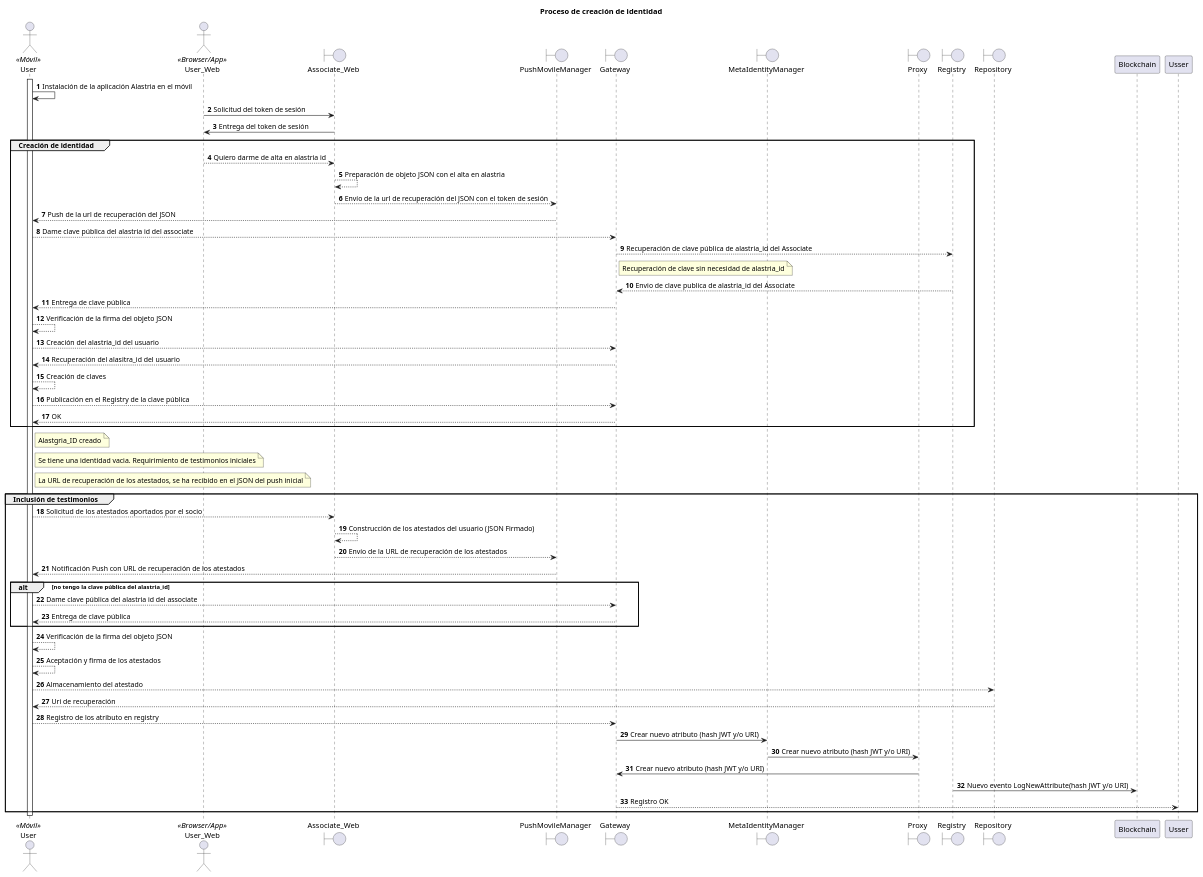
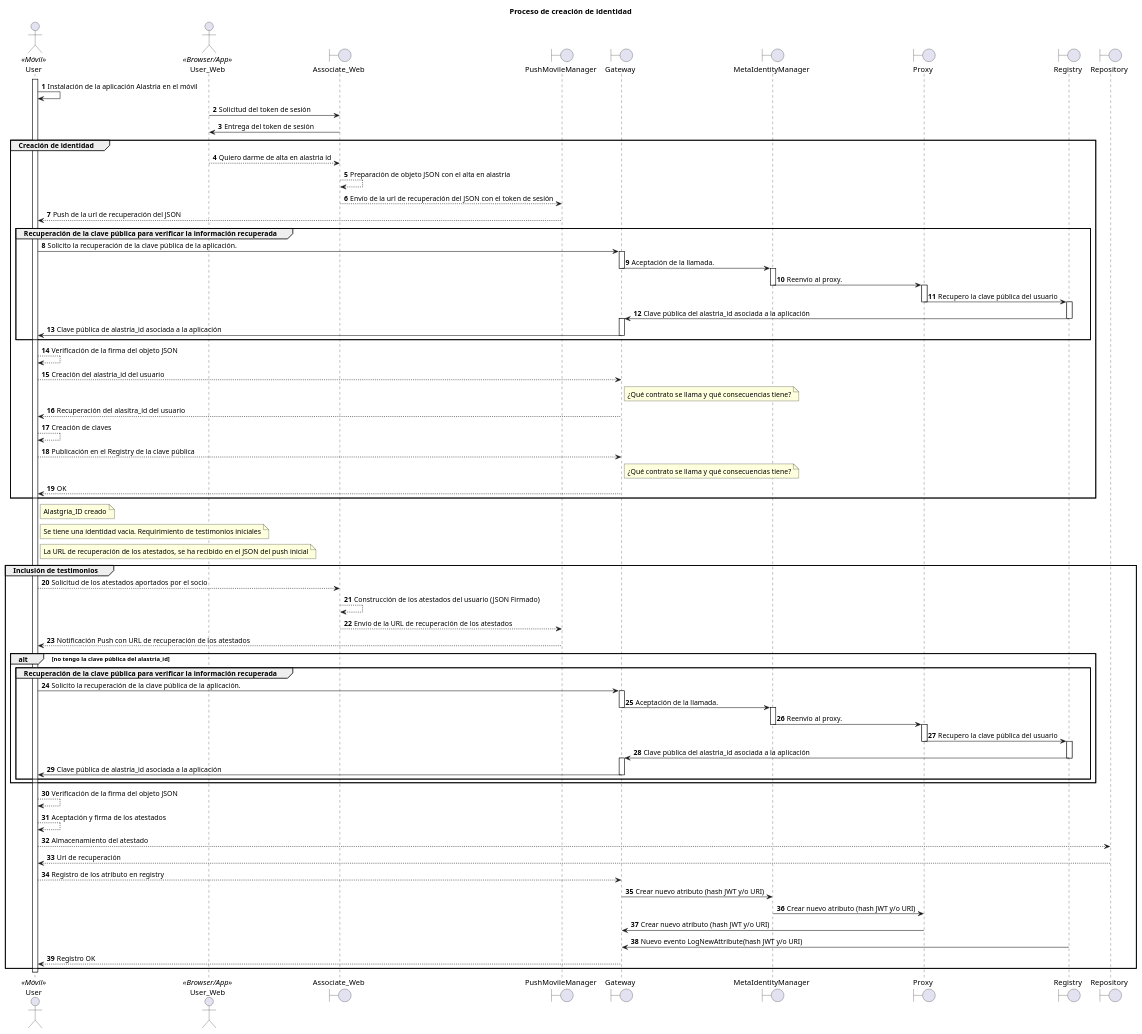
Before and after one commit to alastria/alastria-identity: the diagram in diagrams/creación.puml, drawn with PlantUML.

Commit message:
Revisión del diagrama de creación.

```diff
--- a/diagrams/creación.puml
+++ b/diagrams/creación.puml
@@ -1,68 +1,101 @@
 @startuml
 actor User <<Móvil>>
 actor User_Web <<Browser/App>>
 boundary Associate_Web
 boundary  PushMovileManager
 boundary Gateway
 boundary MetaIdentityManager
 boundary Proxy
 boundary Registry
 
 boundary Repository
 autonumber
 title
     Proceso de creación de identidad
 end title
 activate User
 User->User: Instalación de la aplicación Alastria en el móvil
 
 User_Web->Associate_Web: Solicitud del token de sesión
 Associate_Web->User_Web: Entrega del token de sesión
 
 group Creación de identidad
 User_Web-->Associate_Web: Quiero darme de alta en alastria id
 Associate_Web --> Associate_Web: Preparación de objeto JSON con el alta en alastria
 Associate_Web --> PushMovileManager: Envío de la url de recuperación del JSON con el token de sesión
 PushMovileManager --> User: Push de la url de recuperación del JSON
-User --> Gateway : Dame clave pública del alastria id del associate
-Gateway --> Registry: Recuperación de clave pública de alastria_id del Associate
-note right Gateway: Recuperación de clave sin necesidad de alastria_id
-Registry --> Gateway: Envio de clave publica de alastria_id del Associate
-Gateway --> User: Entrega de clave pública
+
+group Recuperación de la clave pública para verificar la información recuperada
+    User->Gateway: Solicito la recuperación de la clave pública de la aplicación.
+    activate Gateway
+    Gateway->MetaIdentityManager: Aceptación de la llamada.
+    deactivate Gateway
+    activate MetaIdentityManager
+    MetaIdentityManager->Proxy: Reenvío al proxy.
+    deactivate MetaIdentityManager
+    activate Proxy
+    Proxy->Registry: Recupero la clave pública del usuario
+    deactivate Proxy
+    activate Registry
+    Registry->Gateway: Clave pública del alastria_id asociada a la aplicación 
+    deactivate Registry
+    activate Gateway
+    Gateway->User: Clave pública de alastria_id asociada a la aplicación
+    deactivate Gateway
+end
+
 User --> User: Verificación de la firma del objeto JSON
 User --> Gateway: Creación del alastria_id del usuario
+note right Gateway: ¿Qué contrato se llama y qué consecuencias tiene?
 Gateway --> User: Recuperación del alasitra_id del usuario
 User --> User: Creación de claves
 User --> Gateway: Publicación en el Registry de la clave pública
+note right Gateway: ¿Qué contrato se llama y qué consecuencias tiene?
 Gateway --> User: OK
 end
 
 note right User: Alastgria_ID creado
 note right User: Se tiene una identidad vacia. Requirimiento de testimonios iniciales
 note right User: La URL de recuperación de los atestados, se ha recibido en el JSON del push inicial
 
 group Inclusión de testimonios
 User --> Associate_Web: Solicitud de los atestados aportados por el socio
 Associate_Web --> Associate_Web: Construcción de los atestados del usuario (JSON Firmado)
 Associate_Web --> PushMovileManager: Envío de la URL de recuperación de los atestados
 PushMovileManager --> User: Notificación Push con URL de recuperación de los atestados
 alt no tengo la clave pública del alastria_id
-  User --> Gateway : Dame clave pública del alastria id del associate
-  Gateway --> User: Entrega de clave pública
+  group Recuperación de la clave pública para verificar la información recuperada
+    User->Gateway: Solicito la recuperación de la clave pública de la aplicación.
+    activate Gateway
+    Gateway->MetaIdentityManager: Aceptación de la llamada.
+    deactivate Gateway
+    activate MetaIdentityManager
+    MetaIdentityManager->Proxy: Reenvío al proxy.
+    deactivate MetaIdentityManager
+    activate Proxy
+    Proxy->Registry: Recupero la clave pública del usuario
+    deactivate Proxy
+    activate Registry
+    Registry->Gateway: Clave pública del alastria_id asociada a la aplicación 
+    deactivate Registry
+    activate Gateway
+    Gateway->User: Clave pública de alastria_id asociada a la aplicación
+    deactivate Gateway
+  end
 end
 User --> User: Verificación de la firma del objeto JSON
 User --> User: Aceptación y firma de los atestados
 
 User --> Repository: Almacenamiento del atestado
 Repository --> User: Uri de recuperación
 
 User --> Gateway: Registro de los atributo en registry
 Gateway -> MetaIdentityManager: Crear nuevo atributo (hash JWT y/o URI)
 MetaIdentityManager -> Proxy: Crear nuevo atributo (hash JWT y/o URI)
 Proxy -> Gateway: Crear nuevo atributo (hash JWT y/o URI)
-Registry -> Blockchain: Nuevo evento LogNewAttribute(hash JWT y/o URI)
-Gateway --> Usser: Registro OK
+Registry -> Gateway: Nuevo evento LogNewAttribute(hash JWT y/o URI)
+Gateway --> User: Registro OK
 end
 
 deactivate User
 @enduml
```
